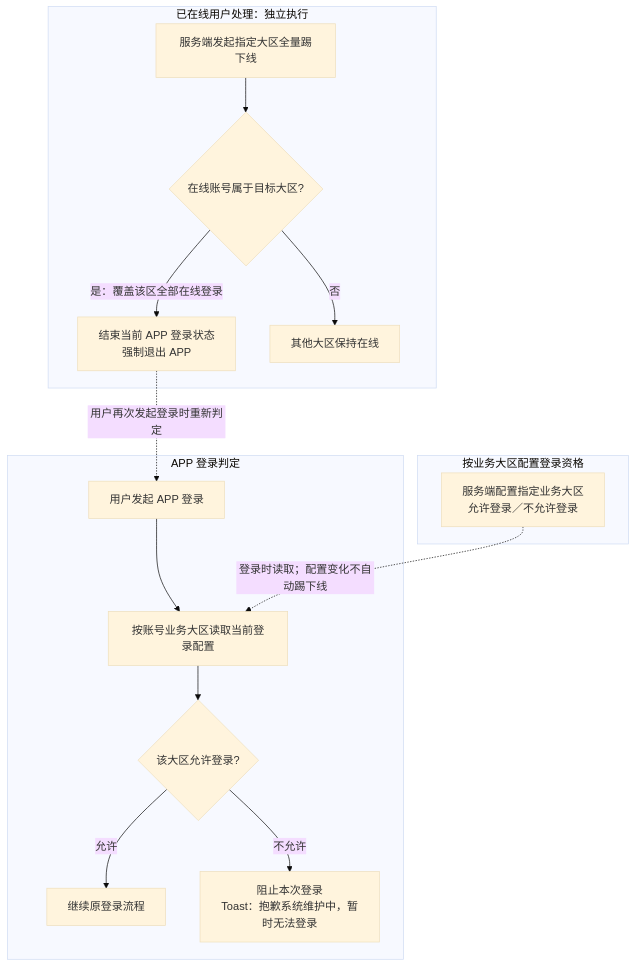
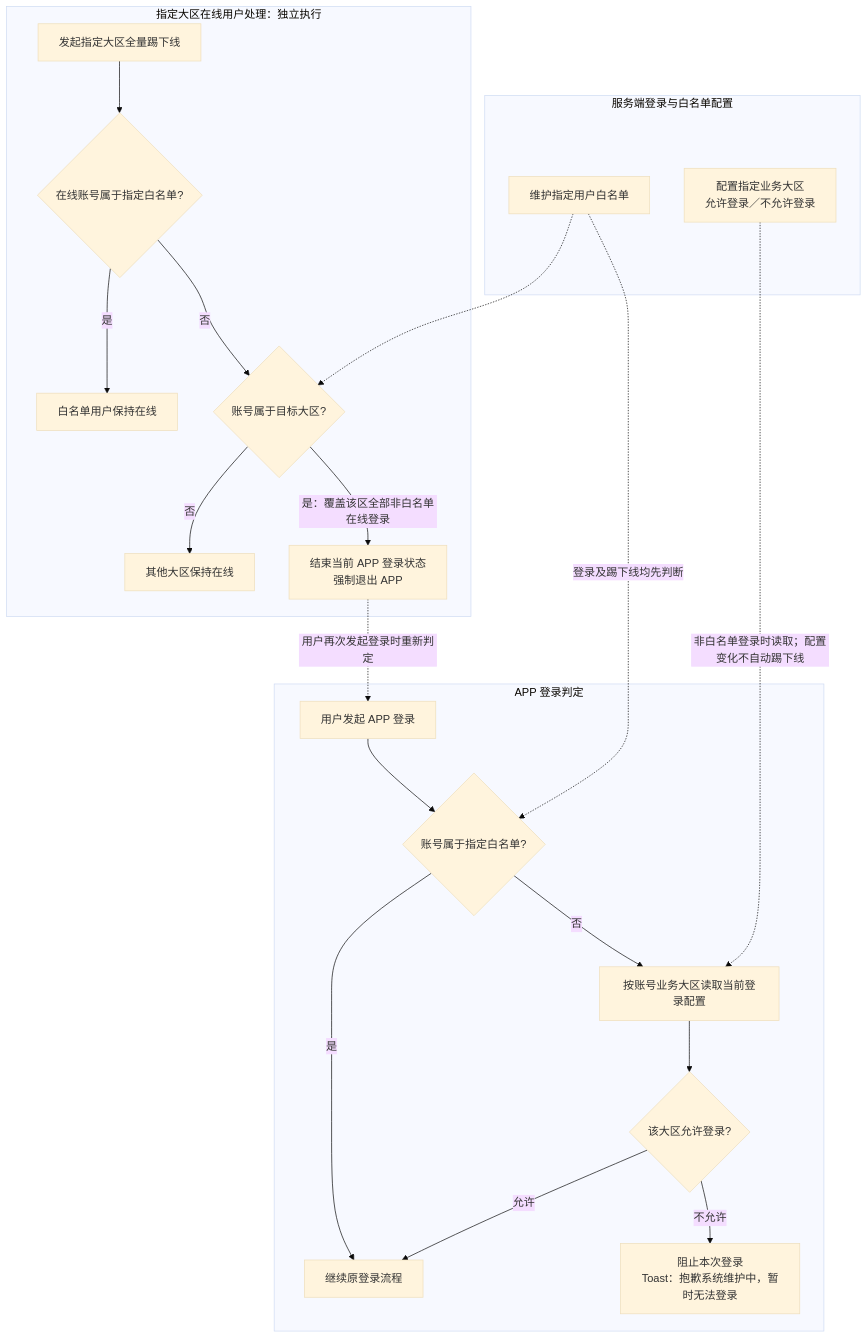
One commit to kocekid/Wechill_Coin_Categories changed the second of 2 diagrams in 充值套餐分区需求文档.md. Above: the diagram before and after it, drawn with Mermaid (base theme). The commit also changed other lines of this file, not shown here.

````diff
--- a/充值套餐分区需求文档.md
+++ b/充值套餐分区需求文档.md
@@ -67,22 +68,29 @@
 ```mermaid
 flowchart TD
-  subgraph CONFIG["按业务大区配置登录资格"]
-    C["服务端配置指定业务大区<br/>允许登录／不允许登录"]
+  subgraph CONFIG["服务端登录与白名单配置"]
+    C["配置指定业务大区<br/>允许登录／不允许登录"]
+    CW["维护指定用户白名单"]
   end
 
-  subgraph ONLINE["已在线用户处理：独立执行"]
-    K["服务端发起指定大区全量踢下线"] --> K1{"在线账号属于目标大区?"}
-    K1 -- "是：覆盖该区全部在线登录" --> K2["结束当前 APP 登录状态<br/>强制退出 APP"]
-    K1 -- "否" --> K3["其他大区保持在线"]
+  subgraph ONLINE["指定大区在线用户处理：独立执行"]
+    K["发起指定大区全量踢下线"] --> K1{"在线账号属于指定白名单?"}
+    K1 -- "是" --> K5["白名单用户保持在线"]
+    K1 -- "否" --> K2{"账号属于目标大区?"}
+    K2 -- "否" --> K4["其他大区保持在线"]
+    K2 -- "是：覆盖该区全部非白名单在线登录" --> K3["结束当前 APP 登录状态<br/>强制退出 APP"]
   end
 
   subgraph LOGIN["APP 登录判定"]
-    L["用户发起 APP 登录"] --> R["按账号业务大区读取当前登录配置"]
+    L["用户发起 APP 登录"] --> W{"账号属于指定白名单?"}
+    W -- "是" --> Y["继续原登录流程"]
+    W -- "否" --> R["按账号业务大区读取当前登录配置"]
     R --> J{"该大区允许登录?"}
-    J -- "允许" --> Y["继续原登录流程"]
+    J -- "允许" --> Y
     J -- "不允许" --> N["阻止本次登录<br/>Toast：抱歉系统维护中，暂时无法登录"]
   end
 
-  C -. "登录时读取；配置变化不自动踢下线" .-> R
-  K2 -. "用户再次发起登录时重新判定" .-> L
+  CW -. "登录及踢下线均先判断" .-> W
+  CW -.-> K2
+  C -. "非白名单登录时读取；配置变化不自动踢下线" .-> R
+  K3 -. "用户再次发起登录时重新判定" .-> L
 ```
````
